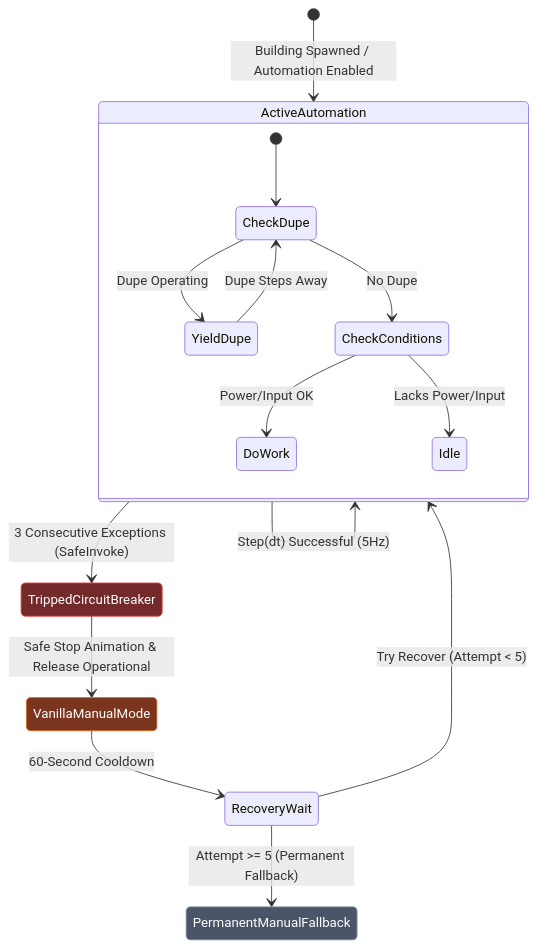
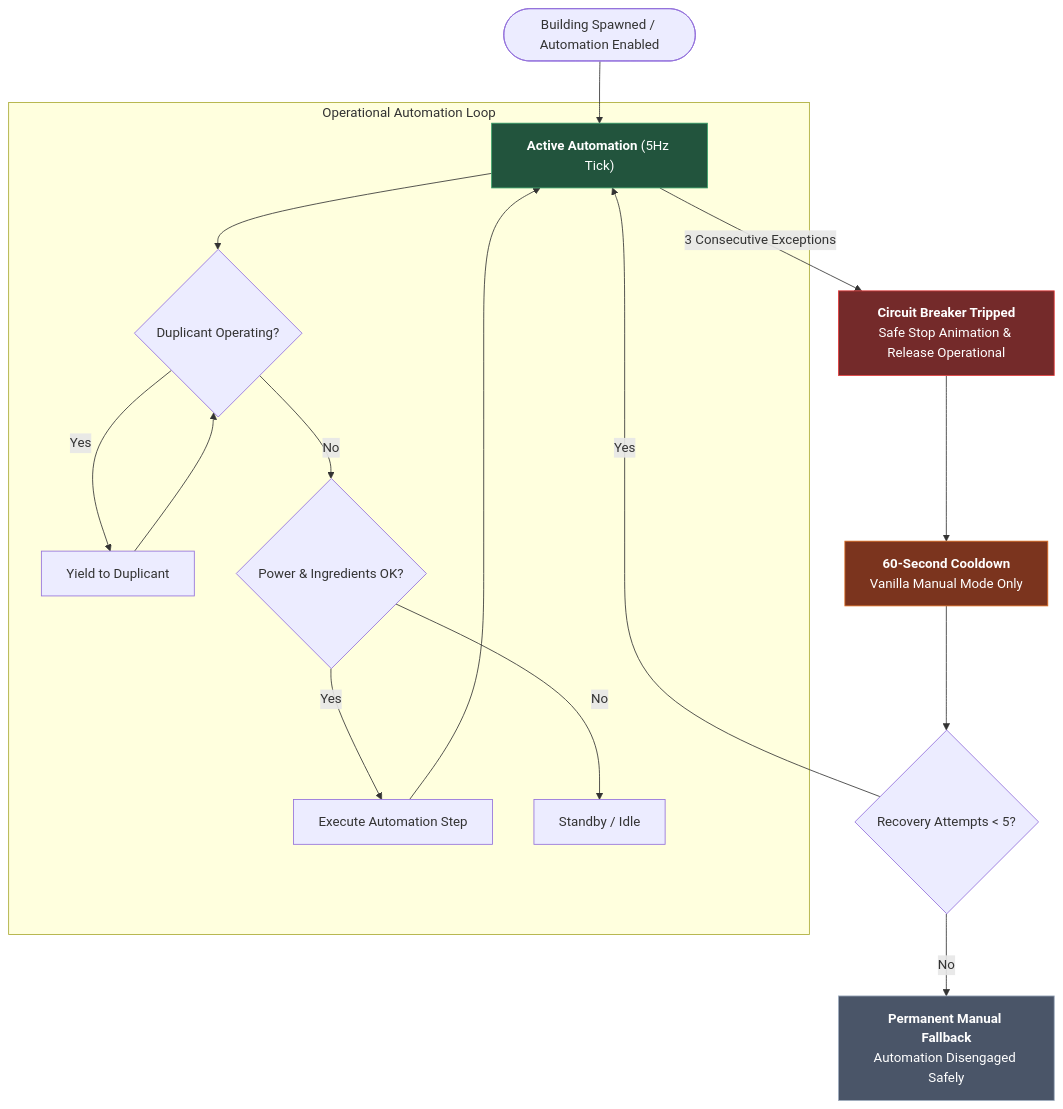
Before and after one commit to Eurekalo/Automatic_Industry: the fifth of 6 diagrams in wiki/Architecture-and-Design.md, drawn with Mermaid. The commit also changed 2 other files, not shown here.

Commit message:
docs(wiki): standardize state diagrams to flowchart TD for bulletproof rendering

````diff
--- a/wiki/Architecture-and-Design.md
+++ b/wiki/Architecture-and-Design.md
@@ -177,25 +177,25 @@
 ```mermaid
-stateDiagram-v2
-    [*] --> ActiveAutomation: Building Spawned / Automation Enabled
-    ActiveAutomation --> ActiveAutomation: Step(dt) Successful (5Hz)
+flowchart TD
+    Init(["Building Spawned / Automation Enabled"]) --> Active["<b>Active Automation</b> (5Hz Tick)"]
     
-    state ActiveAutomation {
-        [*] --> CheckDupe
-        CheckDupe --> YieldDupe: Dupe Operating
-        YieldDupe --> CheckDupe: Dupe Steps Away
-        CheckDupe --> CheckConditions: No Dupe
-        CheckConditions --> DoWork: Power/Input OK
-        CheckConditions --> Idle: Lacks Power/Input
-    }
+    subgraph OperationalLoop ["Operational Automation Loop"]
+        Active --> CheckDupe{"Duplicant Operating?"}
+        CheckDupe -->|Yes| Yield["Yield to Duplicant"]
+        Yield --> CheckDupe
+        CheckDupe -->|No| CheckCond{"Power & Ingredients OK?"}
+        CheckCond -->|Yes| DoWork["Execute Automation Step"]
+        CheckCond -->|No| Idle["Standby / Idle"]
+        DoWork --> Active
+    end
     
-    ActiveAutomation --> TrippedCircuitBreaker: 3 Consecutive Exceptions (SafeInvoke)
-    TrippedCircuitBreaker --> VanillaManualMode: Safe Stop Animation & Release Operational
-    VanillaManualMode --> RecoveryWait: 60-Second Cooldown
-    RecoveryWait --> ActiveAutomation: Try Recover (Attempt < 5)
-    RecoveryWait --> PermanentManualFallback: Attempt >= 5 (Permanent Fallback)
+    Active -->|3 Consecutive Exceptions| Trip["<b>Circuit Breaker Tripped</b><br/>Safe Stop Animation & Release Operational"]
+    Trip --> Cooldown["<b>60-Second Cooldown</b><br/>Vanilla Manual Mode Only"]
+    Cooldown --> Retry{"Recovery Attempts < 5?"}
+    Retry -->|Yes| Active
+    Retry -->|No| PermManual["<b>Permanent Manual Fallback</b><br/>Automation Disengaged Safely"]
 
-    style ActiveAutomation fill:#22543d,stroke:#38a169,color:#fff
-    style TrippedCircuitBreaker fill:#742a2a,stroke:#e53e3e,color:#fff
-    style VanillaManualMode fill:#7b341e,stroke:#dd6b20,color:#fff
-    style PermanentManualFallback fill:#4a5568,stroke:#a0aec0,color:#fff
+    style Active fill:#22543d,stroke:#38a169,color:#fff
+    style Trip fill:#742a2a,stroke:#e53e3e,color:#fff
+    style Cooldown fill:#7b341e,stroke:#dd6b20,color:#fff
+    style PermManual fill:#4a5568,stroke:#a0aec0,color:#fff
 ```
````
